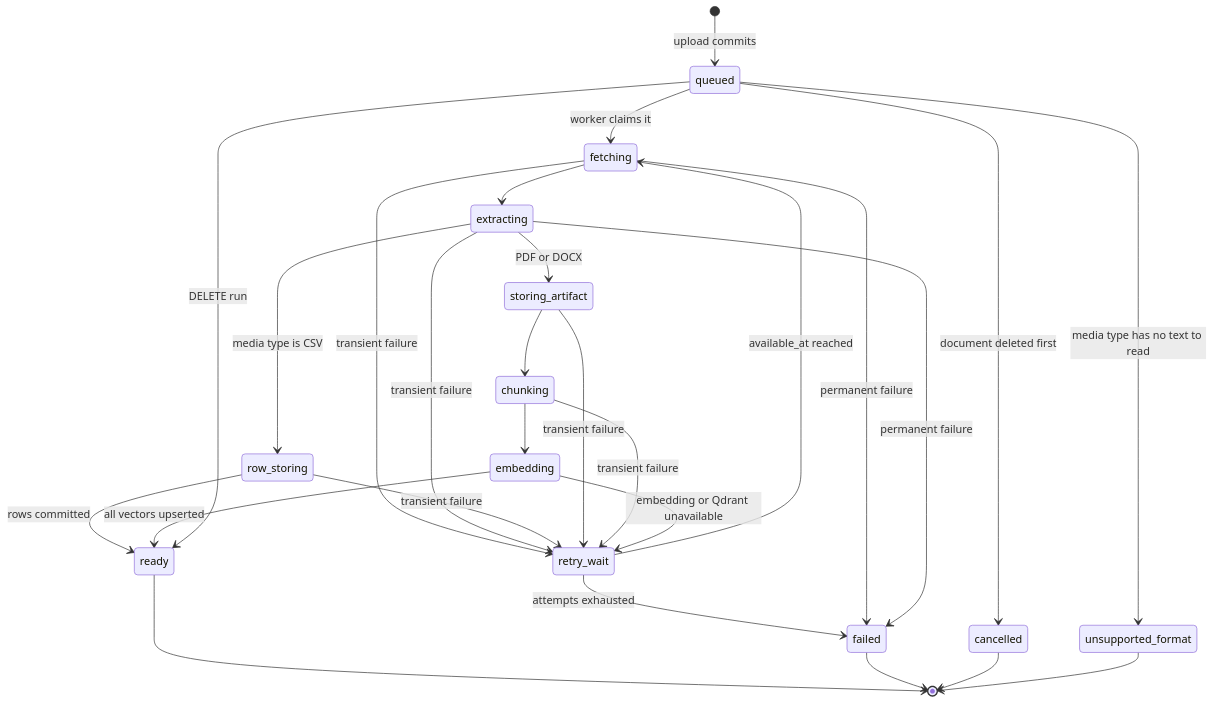
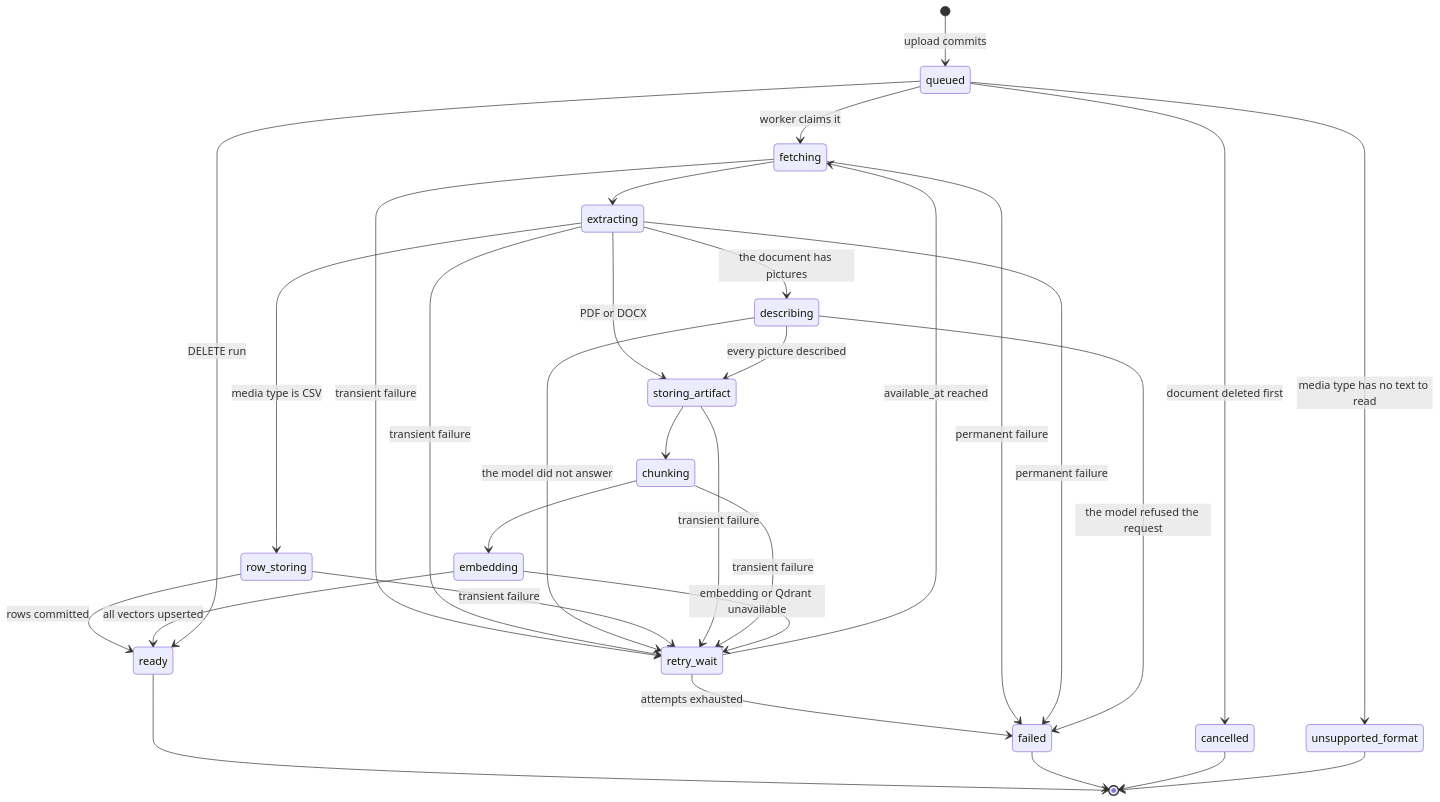
Before and after one commit to unedtamps/retriv: the sixth of 10 diagrams in README.md, drawn with Mermaid. The commit also changed other lines of this file and 22 other files, not shown here.

````diff
--- a/README.md
+++ b/README.md
@@ -510,29 +523,33 @@
 ```mermaid
 stateDiagram-v2
     [*] --> queued: upload commits
     queued --> fetching: worker claims it
     queued --> unsupported_format: media type has no text to read
     fetching --> extracting
     extracting --> row_storing: media type is CSV
+    extracting --> describing: the document has pictures
     extracting --> storing_artifact: PDF or DOCX
+    describing --> storing_artifact: every picture described
     row_storing --> ready: rows committed
     storing_artifact --> chunking
     chunking --> embedding
     embedding --> ready: all vectors upserted
     queued --> cancelled: document deleted first
     fetching --> retry_wait: transient failure
     extracting --> retry_wait: transient failure
+    describing --> retry_wait: the model did not answer
     row_storing --> retry_wait: transient failure
     storing_artifact --> retry_wait: transient failure
     chunking --> retry_wait: transient failure
     embedding --> retry_wait: embedding or Qdrant unavailable
     retry_wait --> fetching: available_at reached
     retry_wait --> failed: attempts exhausted
     fetching --> failed: permanent failure
     extracting --> failed: permanent failure
+    describing --> failed: the model refused the request
     queued --> ready: DELETE run
     ready --> [*]
     failed --> [*]
     cancelled --> [*]
     unsupported_format --> [*]
 ```
````
